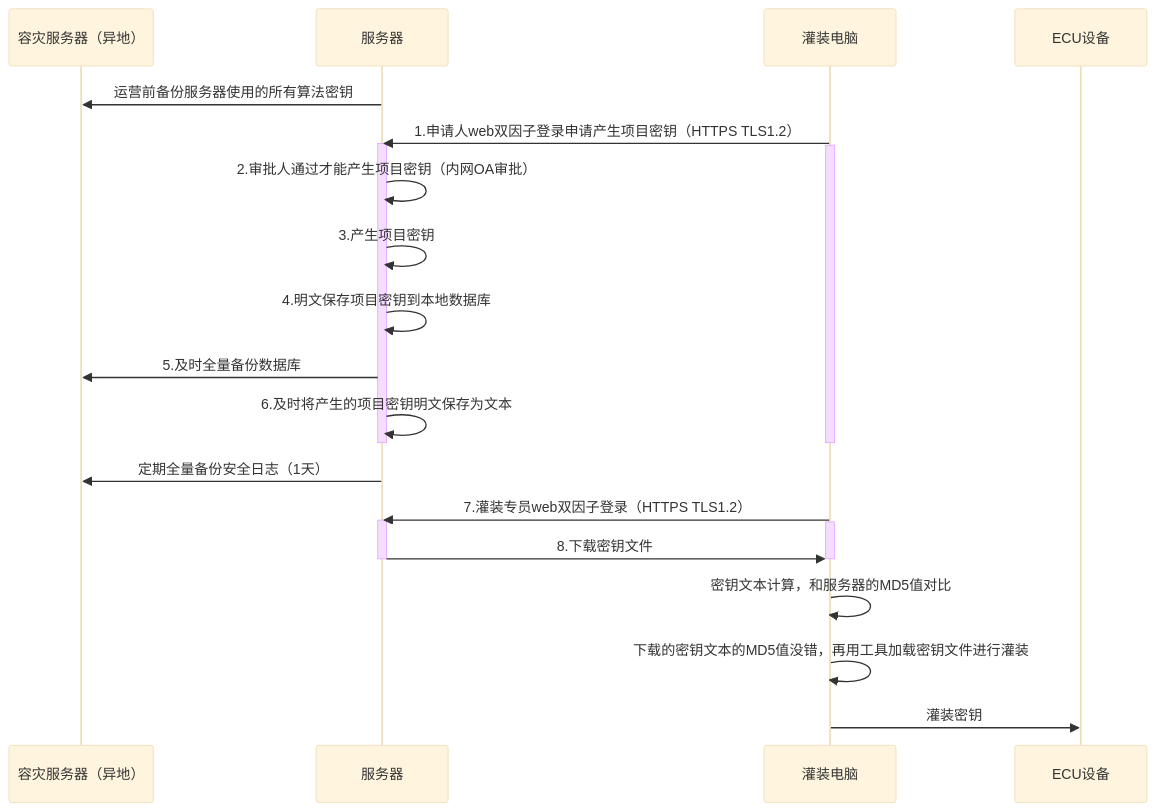
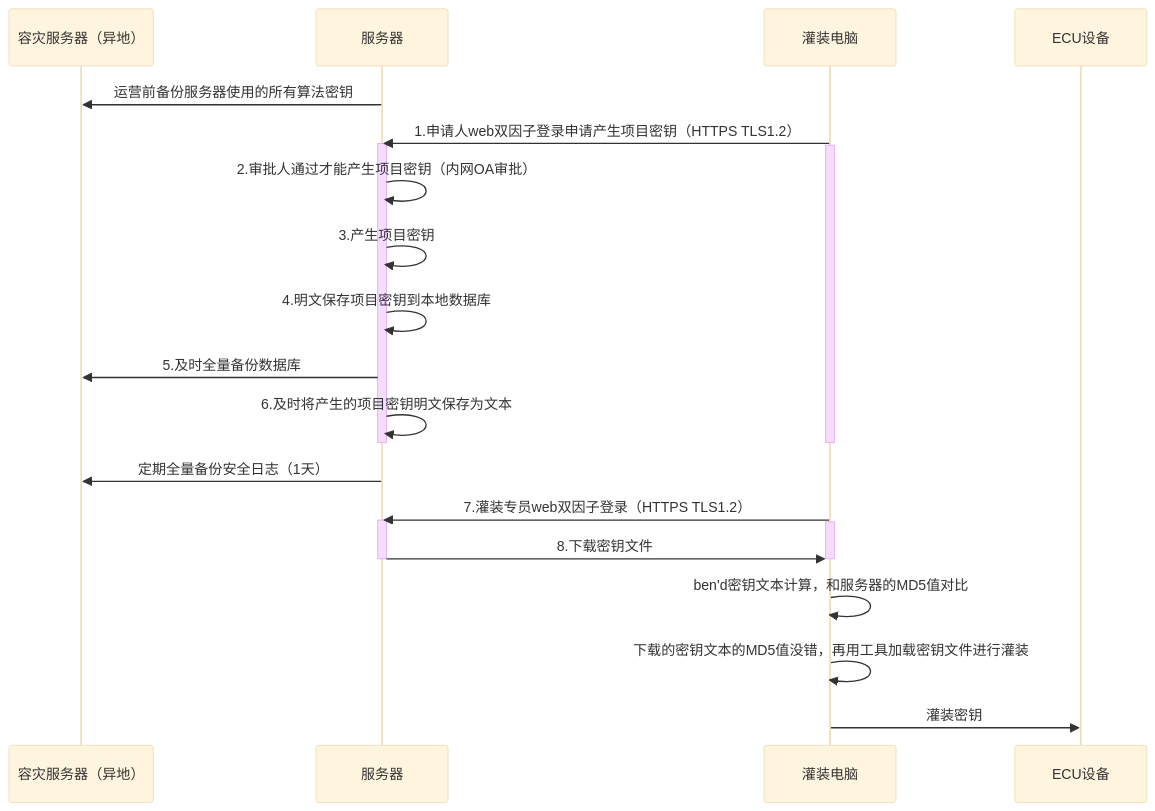
One commit to facebook-cloud/iodraw-files changed the diagram in all/未命名-17.md. Above: the diagram before and after it, drawn with Mermaid (base theme).

Commit message:
2026-03-06 09:35:28 update

````diff
--- a/all/未命名-17.md
+++ b/all/未命名-17.md
@@ -1,33 +1,33 @@
 ```mermaid
 sequenceDiagram
     participant A as 容灾服务器（异地）
     participant B as 服务器
     participant D as 灌装电脑
     participant E as ECU设备
 
     B->>A: 运营前备份服务器使用的所有算法密钥
     D->>B: 1.申请人web双因子登录申请产生项目密钥（HTTPS TLS1.2）
     activate B
     activate D
     B->>B: 2.审批人通过才能产生项目密钥（内网OA审批）
     B->>B: 3.产生项目密钥
     B->>B: 4.明文保存项目密钥到本地数据库
     B->>A: 5.及时全量备份数据库
     B->>B: 6.及时将产生的项目密钥明文保存为文本
     deactivate B
     deactivate D
 
     B->>A: 定期全量备份安全日志（1天）
     
     D->>B: 7.灌装专员web双因子登录（HTTPS TLS1.2）
     activate B
     activate D
     B->>D: 8.下载密钥文件
     deactivate B
     deactivate D
 
-    D->>D:密钥文本计算，和服务器的MD5值对比
+    D->>D:ben'd密钥文本计算，和服务器的MD5值对比
     D->>D:下载的密钥文本的MD5值没错，再用工具加载密钥文件进行灌装
     
     D->>E: 灌装密钥
 ```
````
